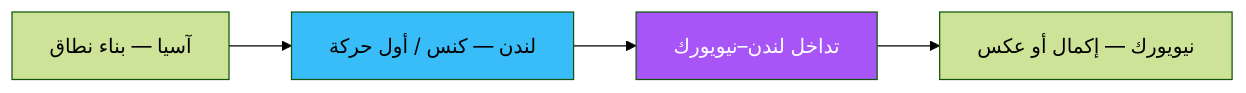
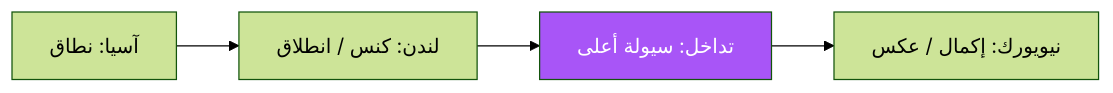
The diagram in docs/academy/visual/03-sessions.md (saudmoto6868-oss/ai-trading-dashboard), drawn with Mermaid (forest theme) before and after one commit. The commit also changed other lines of this file and 11 other files, not shown here.

````diff
--- a/docs/academy/visual/03-sessions.md
+++ b/docs/academy/visual/03-sessions.md
@@ -11,8 +11,7 @@
 ```mermaid
 flowchart LR
-  Asia["آسيا — بناء نطاق"] --> Lon["لندن — كنس / أول حركة"]
-  Lon --> Over["تداخل لندن–نيويورك"]
-  Over --> NY["نيويورك — إكمال أو عكس"]
-  style Over fill:#a855f7,color:#fff
-  style Lon fill:#38bdf8,color:#000
+  A["آسيا: نطاق"] --> L["لندن: كنس / انطلاق"]
+  L --> O["تداخل: سيولة أعلى"]
+  O --> N["نيويورك: إكمال / عكس"]
+  style O fill:#a855f7,color:#fff
 ```
````
